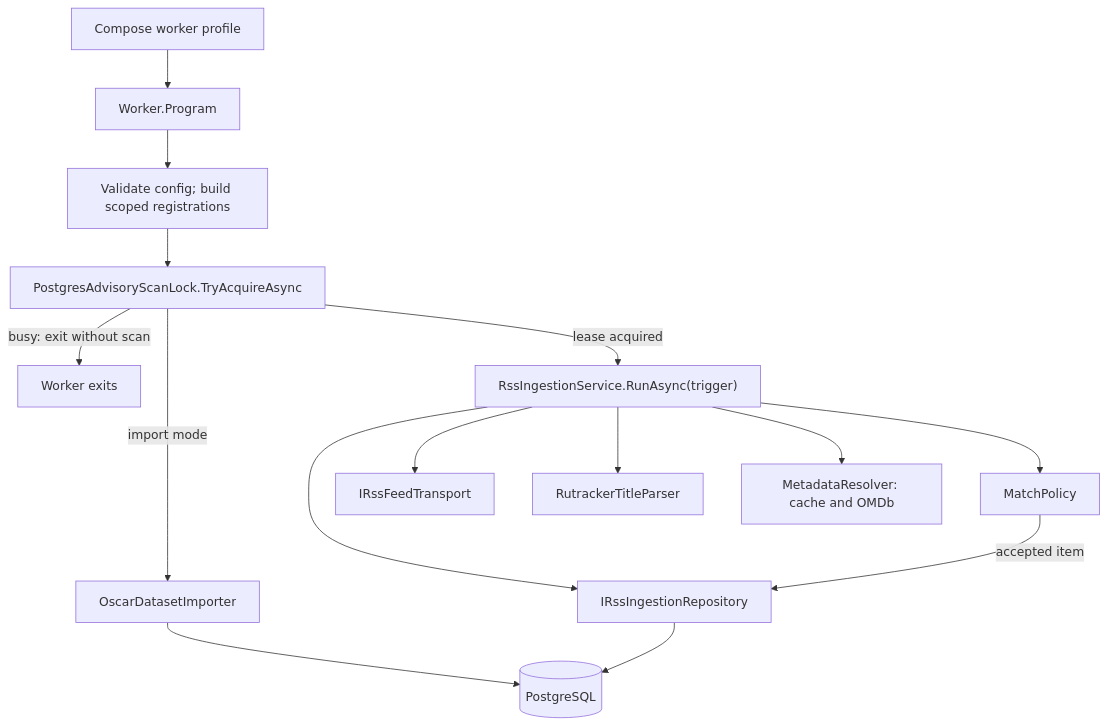
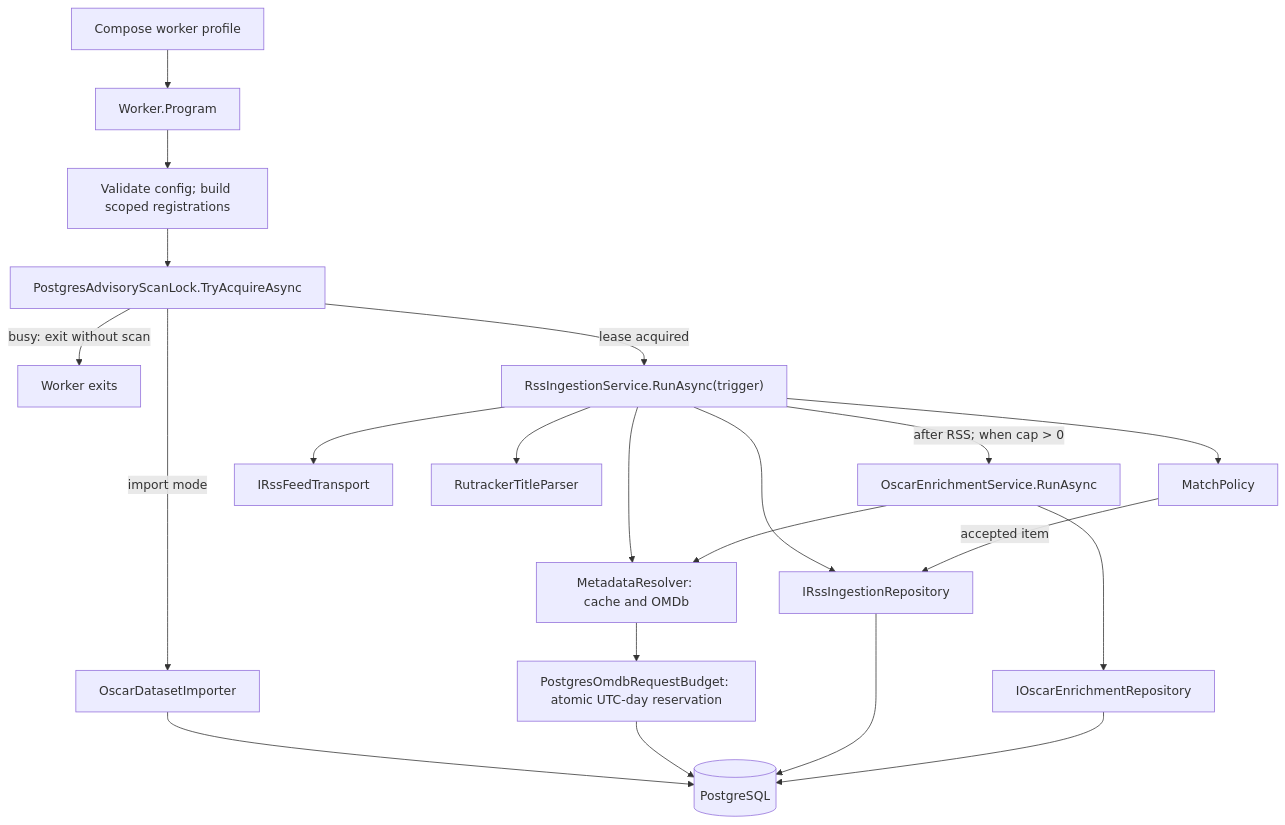
One commit to ValeriDublekov/MediaDock changed the third of 4 diagrams in next/docs/ai/ARCHITECTURE.md. Above: the diagram before and after it, drawn with Mermaid. The commit also changed other lines of this file and 48 other files, not shown here.

Commit message:
Add Oscar catalog and OMDb request budgets

````diff
--- a/next/docs/ai/ARCHITECTURE.md
+++ b/next/docs/ai/ARCHITECTURE.md
@@ -54,17 +54,23 @@
 ```mermaid
 flowchart TD
     compose["Compose worker profile"] --> entry["Worker.Program"]
     entry --> wiring["Validate config; build scoped registrations"]
     wiring --> lock["PostgresAdvisoryScanLock.TryAcquireAsync"]
     lock -->|"busy: exit without scan"| exit["Worker exits"]
     lock -->|"import mode"| oscarImport["OscarDatasetImporter"]
     oscarImport --> db[("PostgreSQL")]
     lock -->|"lease acquired"| usecase["RssIngestionService.RunAsync(trigger)"]
+    usecase -->|"after RSS; when cap > 0"| enrichment["OscarEnrichmentService.RunAsync"]
     usecase --> repo["IRssIngestionRepository"]
     usecase --> feed["IRssFeedTransport"]
     usecase --> parser["RutrackerTitleParser"]
     usecase --> metadata["MetadataResolver: cache and OMDb"]
+    enrichment --> metadata
+    metadata --> budget["PostgresOmdbRequestBudget: atomic UTC-day reservation"]
+    budget --> db[("PostgreSQL")]
+    enrichment --> oscarRepo["IOscarEnrichmentRepository"]
     usecase --> match["MatchPolicy"]
     match -->|"accepted item"| repo
     repo --> db[("PostgreSQL")]
+    oscarRepo --> db
 ```
````
